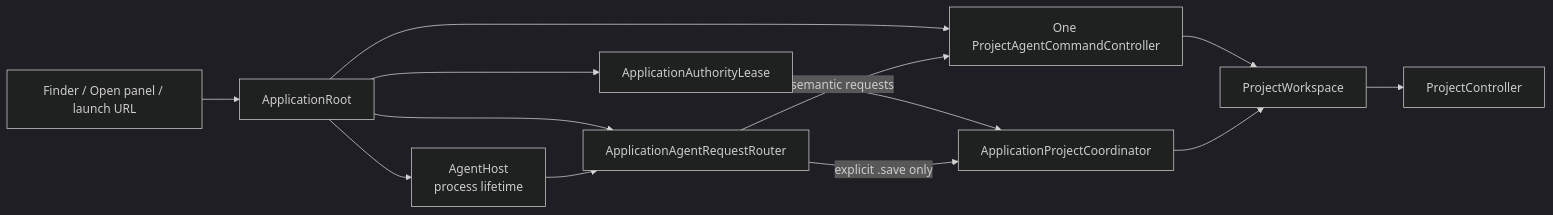
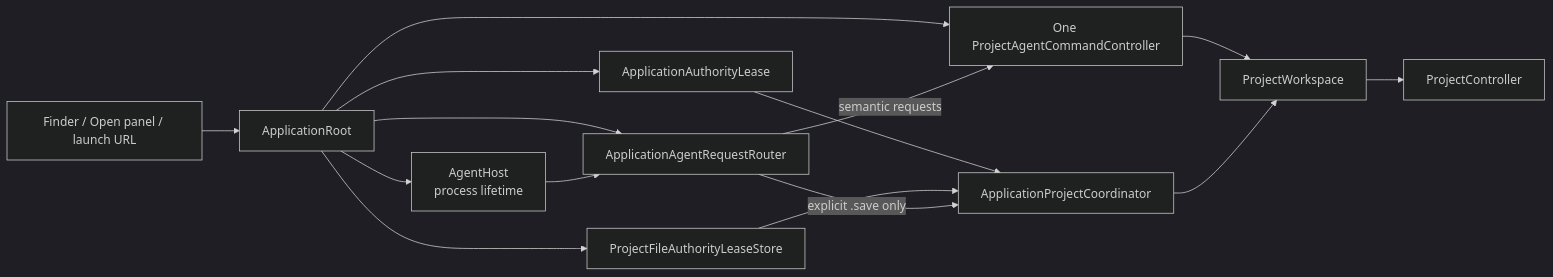
Before and after one commit to 1amageek/Rupa: the first of 3 diagrams in Rupa/Rupa/Rupa/DESIGN.md, drawn with Mermaid (dark theme). The commit also changed other lines of this file and 97 other files, not shown here.

````diff
--- a/Rupa/Rupa/Rupa/DESIGN.md
+++ b/Rupa/Rupa/Rupa/DESIGN.md
@@ -31,15 +33,17 @@
 ```mermaid
 flowchart LR
     Delivery["Finder / Open panel / launch URL"] --> Root["ApplicationRoot"]
     Root --> Lease["ApplicationAuthorityLease"]
+    Root --> FileLeaseStore["ProjectFileAuthorityLeaseStore"]
     Lease --> Coordinator["ApplicationProjectCoordinator"]
+    FileLeaseStore --> Coordinator
     Root --> Controller["One ProjectAgentCommandController"]
     Controller --> Workspace
     Root --> Router["ApplicationAgentRequestRouter"]
     Router -->|semantic requests| Controller
     Router -->|explicit .save only| Coordinator
     Root --> Host["AgentHost\nprocess lifetime"]
     Host --> Router
     Coordinator --> Workspace["ProjectWorkspace"]
     Workspace --> ProjectController["ProjectController"]
 ```
````
